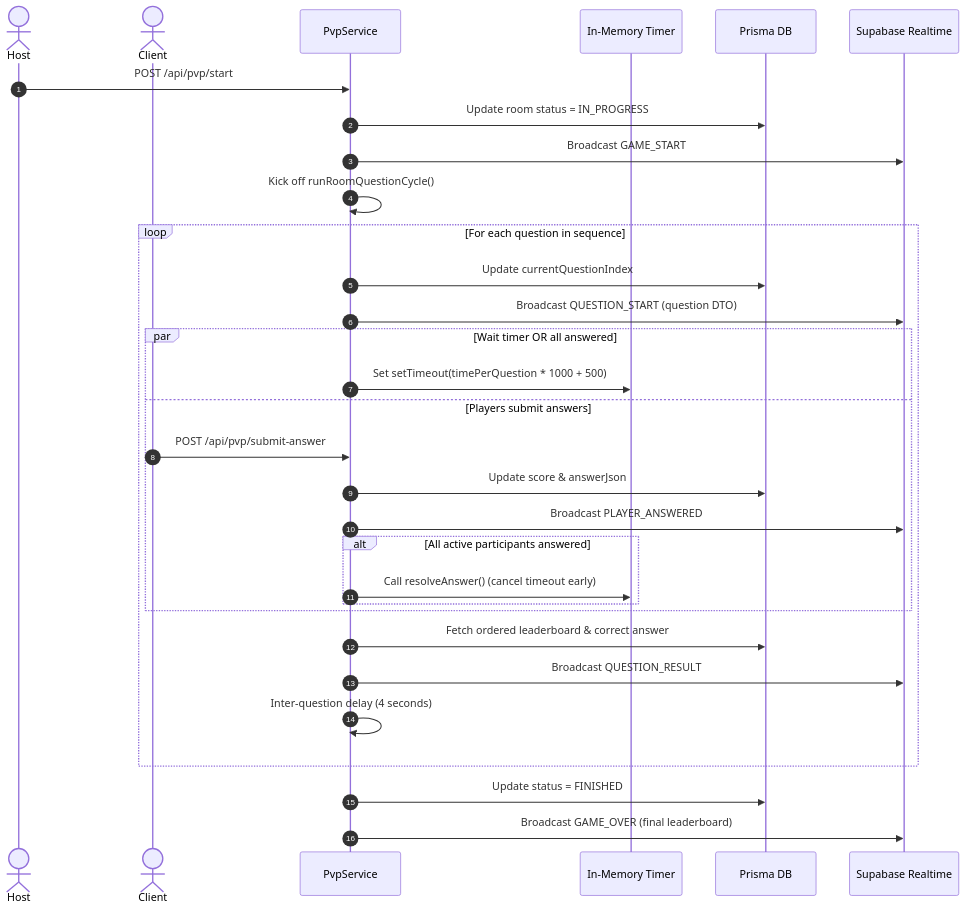
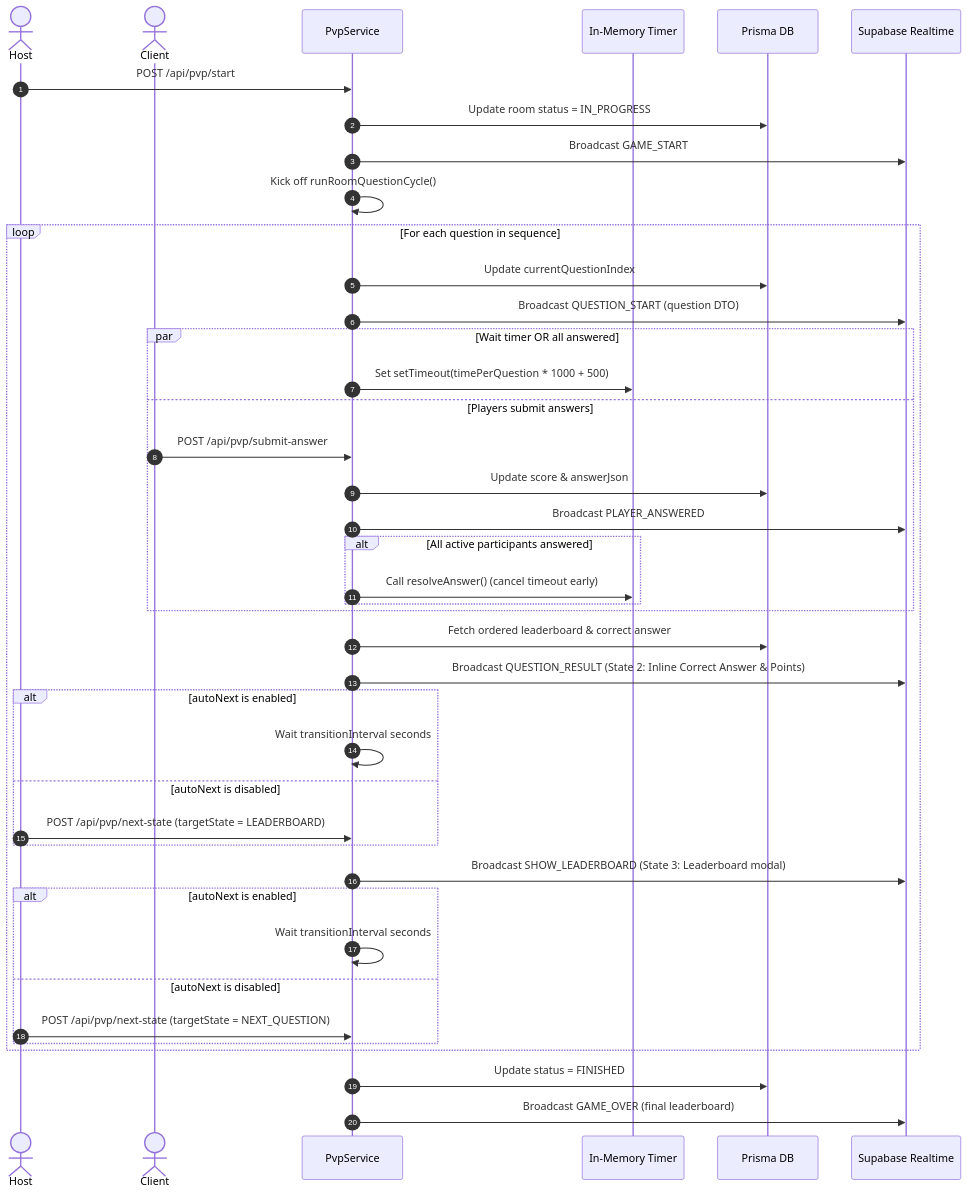
The diagram in docs/features/pvp.md (Phuc-1234/history-app), drawn with Mermaid before and after one commit. The commit also changed 11 other files, not shown here.

````diff
--- a/docs/features/pvp.md
+++ b/docs/features/pvp.md
@@ -175,38 +175,51 @@
 ```mermaid
 sequenceDiagram
     autonumber
     actor Host
     actor Client
     participant Server as PvpService
     participant Timer as In-Memory Timer
     participant DB as Prisma DB
     participant Channel as Supabase Realtime
 
     Host->>Server: POST /api/pvp/start
     Server->>DB: Update room status = IN_PROGRESS
     Server->>Channel: Broadcast GAME_START
     Server->>Server: Kick off runRoomQuestionCycle()
 
     loop For each question in sequence
         Server->>DB: Update currentQuestionIndex
         Server->>Channel: Broadcast QUESTION_START (question DTO)
         
         par Wait timer OR all answered
             Server->>Timer: Set setTimeout(timePerQuestion * 1000 + 500)
         and Players submit answers
             Client->>Server: POST /api/pvp/submit-answer
             Server->>DB: Update score & answerJson
             Server->>Channel: Broadcast PLAYER_ANSWERED
             alt All active participants answered
                 Server->>Timer: Call resolveAnswer() (cancel timeout early)
             end
         end
 
         Server->>DB: Fetch ordered leaderboard & correct answer
-        Server->>Channel: Broadcast QUESTION_RESULT
-        Server->>Server: Inter-question delay (4 seconds)
+        Server->>Channel: Broadcast QUESTION_RESULT (State 2: Inline Correct Answer & Points)
+        
+        alt autoNext is enabled
+            Server->>Server: Wait transitionInterval seconds
+        else autoNext is disabled
+            Host->>Server: POST /api/pvp/next-state (targetState = LEADERBOARD)
+        end
+
+        Server->>Channel: Broadcast SHOW_LEADERBOARD (State 3: Leaderboard modal)
+        
+        alt autoNext is enabled
+            Server->>Server: Wait transitionInterval seconds
+        else autoNext is disabled
+            Host->>Server: POST /api/pvp/next-state (targetState = NEXT_QUESTION)
+        end
     end
 
     Server->>DB: Update status = FINISHED
     Server->>Channel: Broadcast GAME_OVER (final leaderboard)
 ```
````
